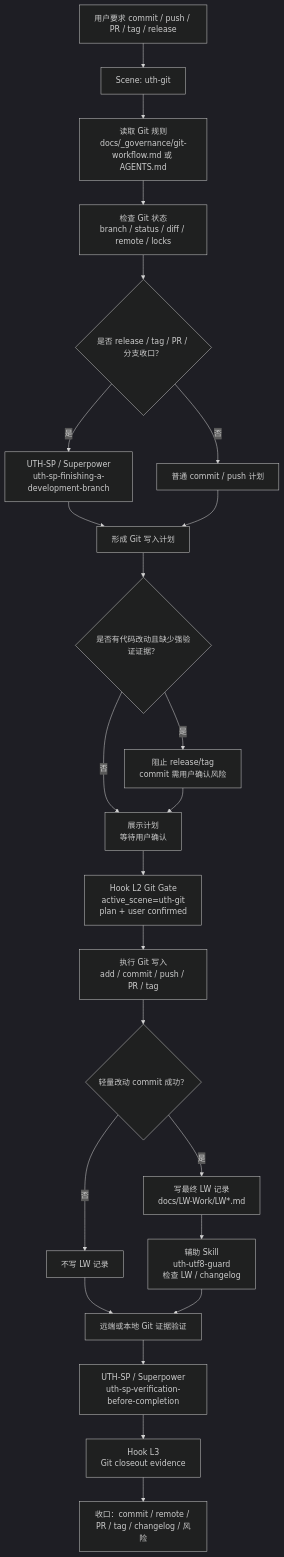
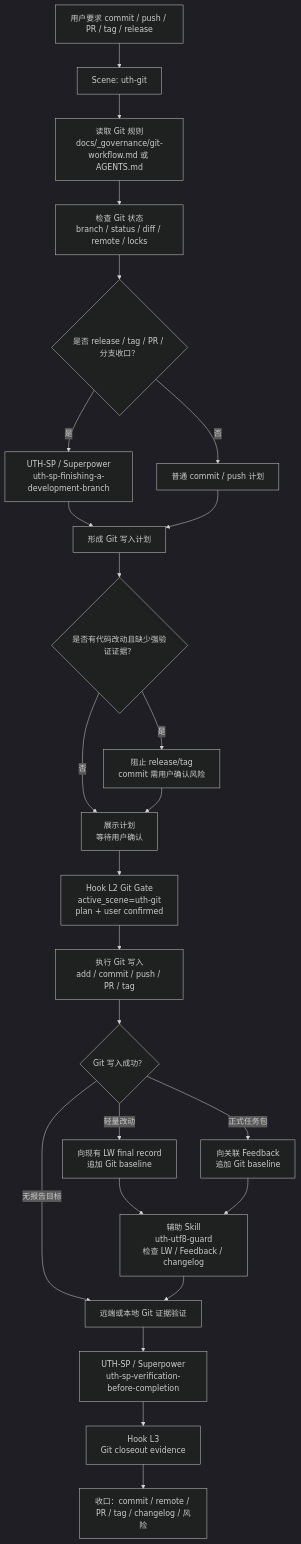
The tenth of 13 diagrams in docs/FLOW_全链路流程图.md (undertaker33/uth-governance), drawn with Mermaid (dark theme) before and after one commit. The commit also changed other lines of this file and 65 other files, not shown here.

Commit message:
chore: refine uth governance flow and hooks

````diff
--- a/docs/FLOW_全链路流程图.md
+++ b/docs/FLOW_全链路流程图.md
@@ -291,27 +291,28 @@
 ```mermaid
 flowchart TD
     A["用户要求 commit / push / PR / tag / release"] --> B["Scene: uth-git"]
     B --> C["读取 Git 规则<br/>docs/_governance/git-workflow.md 或 AGENTS.md"]
     C --> D["检查 Git 状态<br/>branch / status / diff / remote / locks"]
     D --> E{"是否 release / tag / PR / 分支收口？"}
     E -- "是" --> F["UTH-SP / Superpower<br/>uth-sp-finishing-a-development-branch"]
     E -- "否" --> G["普通 commit / push 计划"]
     F --> H["形成 Git 写入计划"]
     G --> H
 
     H --> I{"是否有代码改动且缺少强验证证据？"}
     I -- "是" --> J["阻止 release/tag<br/>commit 需用户确认风险"]
     I -- "否" --> K["展示计划<br/>等待用户确认"]
     J --> K
     K --> L["Hook L2 Git Gate<br/>active_scene=uth-git<br/>plan + user confirmed"]
     L --> M["执行 Git 写入<br/>add / commit / push / PR / tag"]
-    M --> N{"轻量改动 commit 成功？"}
-    N -- "是" --> O["写最终 LW 记录<br/>docs/LW-Work/LW*.md"]
-    N -- "否" --> P["不写 LW 记录"]
-    O --> Q["辅助 Skill<br/>uth-utf8-guard<br/>检查 LW / changelog"]
-    P --> R["远端或本地 Git 证据验证"]
+    M --> N{"Git 写入成功？"}
+    N -- "轻量改动" --> O["向现有 LW final record<br/>追加 Git baseline"]
+    N -- "正式任务包" --> P["向关联 Feedback<br/>追加 Git baseline"]
+    N -- "无报告目标" --> R["远端或本地 Git 证据验证"]
+    O --> Q["辅助 Skill<br/>uth-utf8-guard<br/>检查 LW / Feedback / changelog"]
+    P --> Q
     Q --> R
     R --> S["UTH-SP / Superpower<br/>uth-sp-verification-before-completion"]
     S --> T["Hook L3<br/>Git closeout evidence"]
     T --> U["收口：commit / remote / PR / tag / changelog / 风险"]
 ```
````
